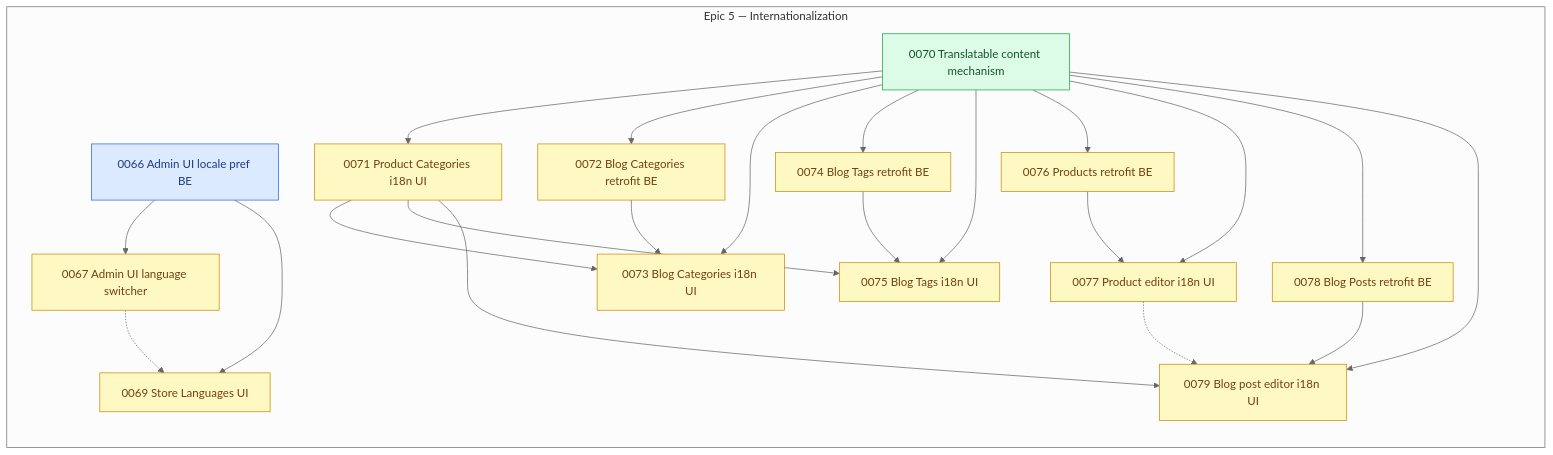
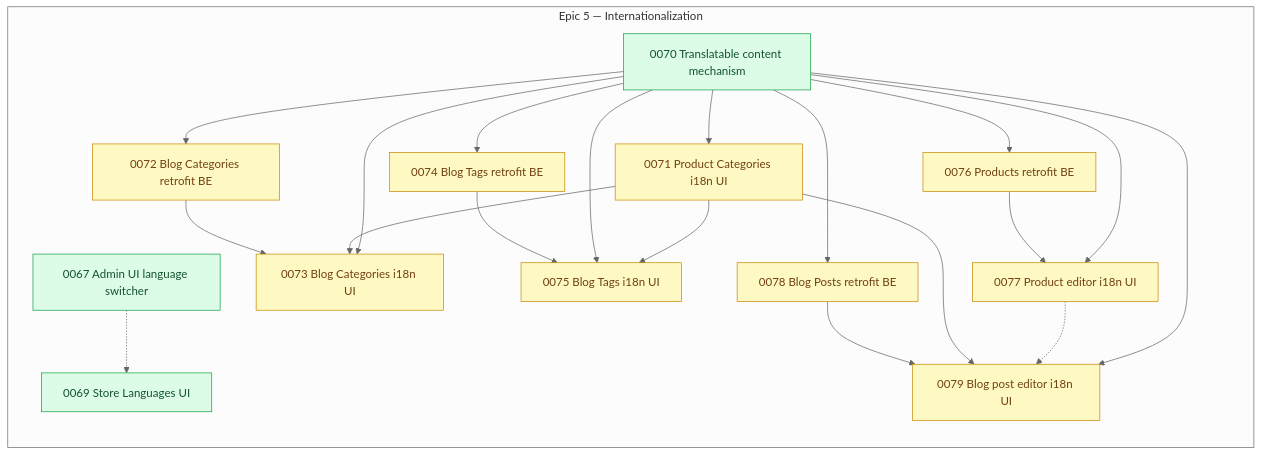
One commit to shojen/AI4Devs-finalproject changed the diagram in arospe/ai-spec/tasks-map.md. Above: the diagram before and after it, drawn with Mermaid (neutral theme). The commit also changed other lines of this file and 5 other files, not shown here.

First line of the commit message:
docs(tasks): close story 0066, move task file to done/

````diff
--- a/arospe/ai-spec/tasks-map.md
+++ b/arospe/ai-spec/tasks-map.md
@@ -339,7 +344,6 @@
 
     subgraph PEND_I18N["Epic 5 — Internationalization"]
         direction TB
-        P0066["0066 Admin UI locale pref BE"]
         P0067["0067 Admin UI language switcher"]
         P0069["0069 Store Languages UI"]
         P0070["0070 Translatable content mechanism"]
@@ -395,11 +399,13 @@
 
     %% i18n
     %% (P0068 --> P0066/P0067/P0069/P0070/P0071/P0072/P0073/P0074/P0075/P0076/P0077/P0078/P0079
-    %% dropped: 0068 closed to done/ this pass -- every edge in this subgraph originated *from*
-    %% P0068, so removing its node drops all thirteen at once. 0066 and 0070 each had 0068 as
-    %% their only pending dependency and are now ready.)
-    P0066 --> P0067
-    P0066 --> P0069
+    %% dropped: 0068 closed to done/ in an earlier pass -- every edge in this subgraph originated
+    %% *from* P0068, so removing its node dropped all thirteen at once. 0066 and 0070 each had
+    %% 0068 as their only pending dependency and became ready then.)
+    %% (P0066 --> P0067 and P0066 --> P0069 dropped: 0066 closed to done/ this pass (2026-09-28),
+    %% the second Epic 5 story to close. Its node is removed; 0067 and 0069 each had 0066 as their
+    %% only pending dependency and are now ready -- though they keep their conflict_risk_with
+    %% pairing on each other, drawn dashed below.)
     P0067 -.-> P0069
     P0070 --> P0071
     P0070 --> P0072
@@ -419,7 +425,6 @@
     P0077 -.-> P0079
     P0070 --> P0079
 
-    class P0067,P0069,P0071,P0072,P0073,P0074,P0075,P0076,P0077,P0078,P0079 pending;
-    class P0070 ready;
-    class P0066 claimed;
+    class P0071,P0072,P0073,P0074,P0075,P0076,P0077,P0078,P0079 pending;
+    class P0067,P0069,P0070 ready;
 ```
````
